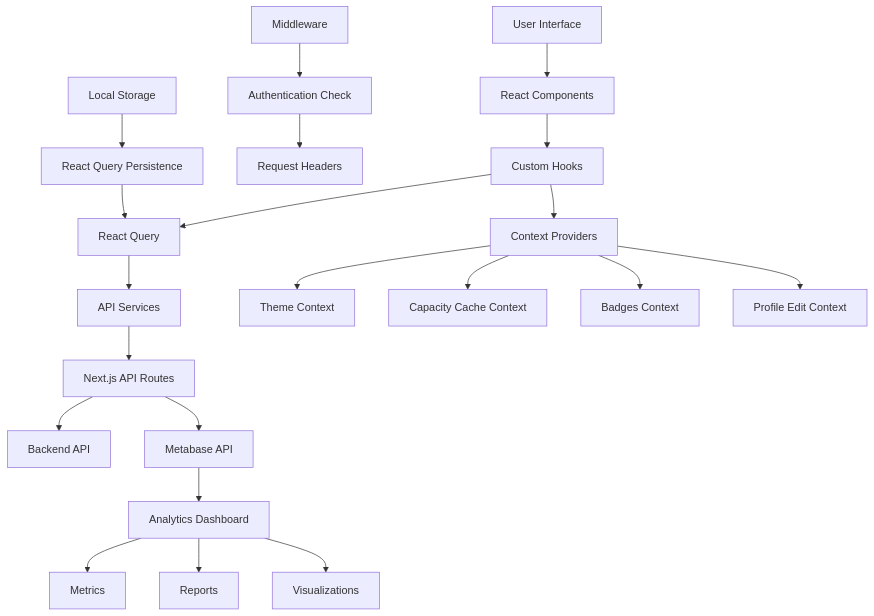
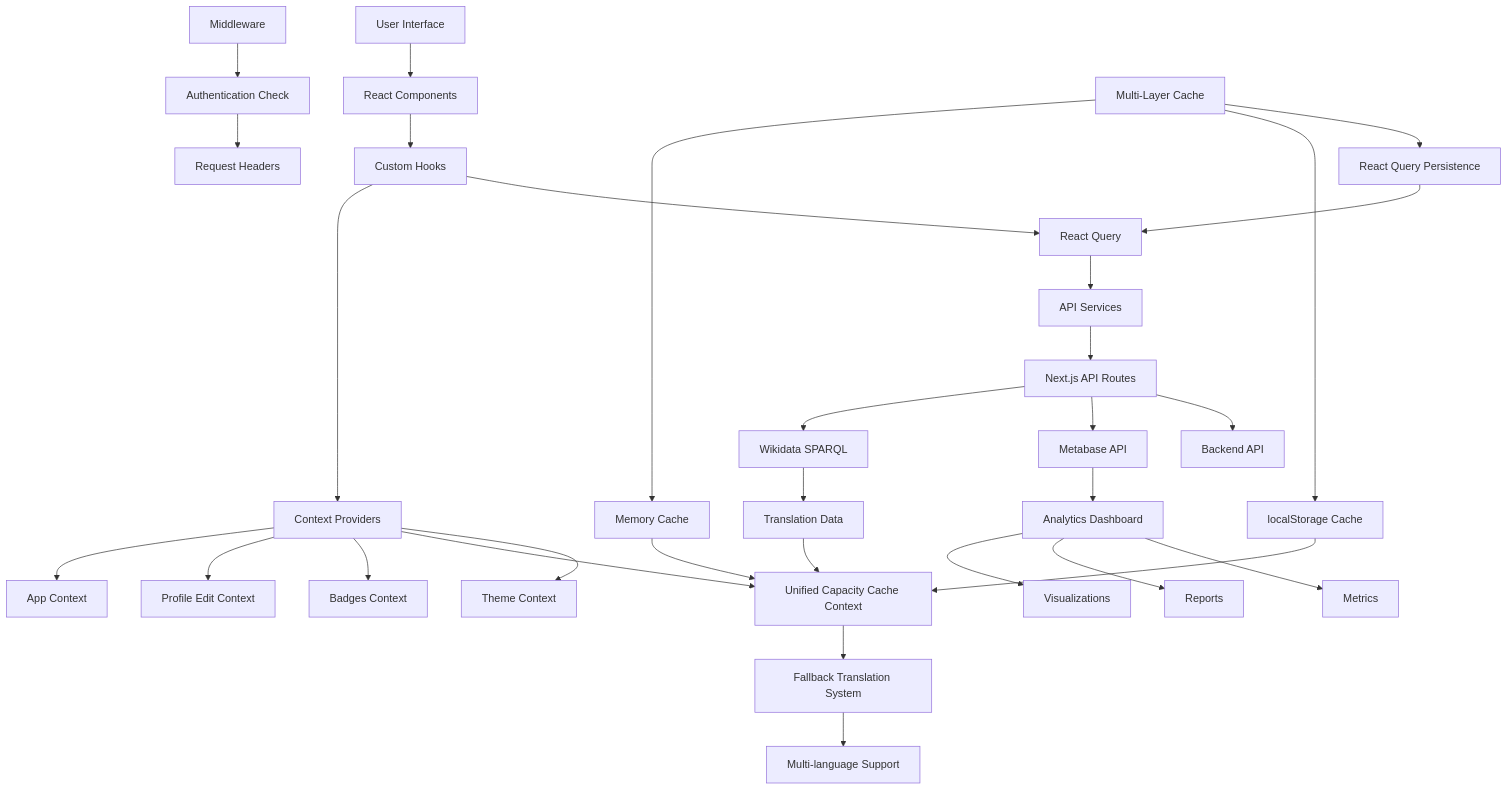
Before and after one commit to wikimediabrasil/capx-frontend: the second of 6 diagrams in README.md, drawn with Mermaid. The commit also changed other lines of this file, not shown here.

````diff
--- a/README.md
+++ b/README.md
@@ -311,28 +344,39 @@
 ```mermaid
 graph TD
     A[User Interface] --> B[React Components]
     B --> C[Custom Hooks]
     C --> D[React Query]
     C --> E[Context Providers]
 
     D --> F[API Services]
     F --> G[Next.js API Routes]
     G --> H[Backend API]
     G --> I[Metabase API]
+    G --> W[Wikidata SPARQL]
 
     E --> J[Theme Context]
-    E --> K[Capacity Cache Context]
+    E --> K[Unified Capacity Cache Context]
     E --> L[Badges Context]
     E --> M[Profile Edit Context]
+    E --> N[App Context]
 
-    N[Middleware] --> O[Authentication Check]
-    O --> P[Request Headers]
+    O[Middleware] --> P[Authentication Check]
+    P --> Q[Request Headers]
 
-    Q[Local Storage] --> R[React Query Persistence]
-    R --> D
+    R[Multi-Layer Cache] --> S[React Query Persistence]
+    R --> T[localStorage Cache]
+    R --> U[Memory Cache]
+    S --> D
+    T --> K
+    U --> K
 
-    I --> S[Analytics Dashboard]
-    S --> T[Metrics]
-    S --> U[Reports]
-    S --> V[Visualizations]
+    I --> V[Analytics Dashboard]
+    V --> X[Metrics]
+    V --> Y[Reports]
+    V --> Z[Visualizations]
+
+    W --> AA[Translation Data]
+    AA --> K
+    K --> BB[Fallback Translation System]
+    BB --> CC[Multi-language Support]
 ```
````
